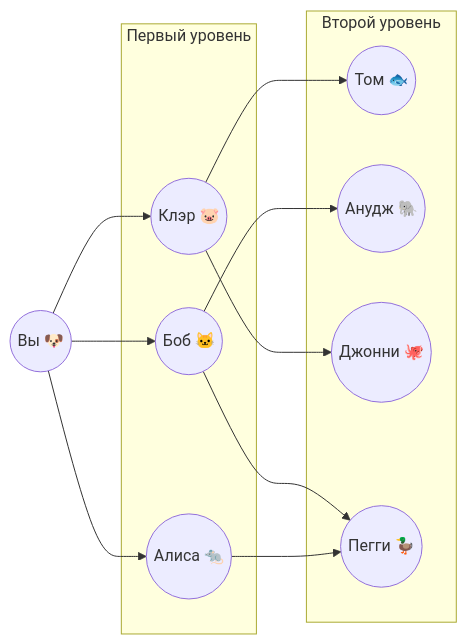
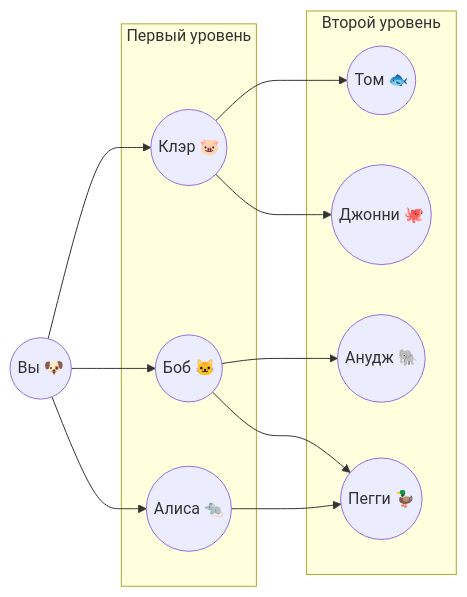
The ninth of 11 diagrams in src/cs/grocking-algorithms/6.breadth-first-search/6.breadth-first-search.md (rogerok/learn-programming), drawn with Mermaid before and after one commit. The commit also changed other lines of this file, not shown here.

````diff
--- a/src/cs/grocking-algorithms/6.breadth-first-search/6.breadth-first-search.md
+++ b/src/cs/grocking-algorithms/6.breadth-first-search/6.breadth-first-search.md
@@ -127,26 +127,26 @@
 ```mermaid
 graph LR
   A(("Вы 🐶"))
 
   subgraph "Первый уровень"
     C(("Клэр 🐷"))
     D(("Боб 🐱"))
     B(("Алиса 🐀"))
   end
 
   subgraph "Второй уровень"
     F(("Том 🐟"))
+    G(("Джонни 🐙"))
     E(("Анудж 🐘"))
-    G(("Джонни 🐙"))
     H(("Пегги 🦆"))
   end
 
   A --> B
   A --> C
   A --> D
   D --> E
   C --> F
   C --> G
   B --> H
   D --> H
 ```
````
